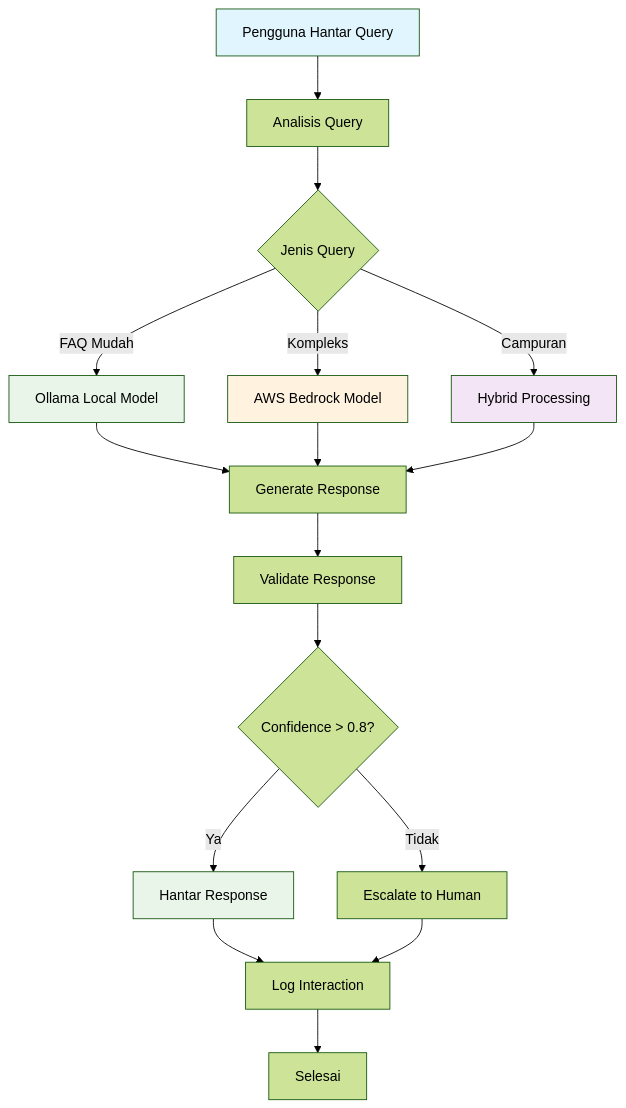
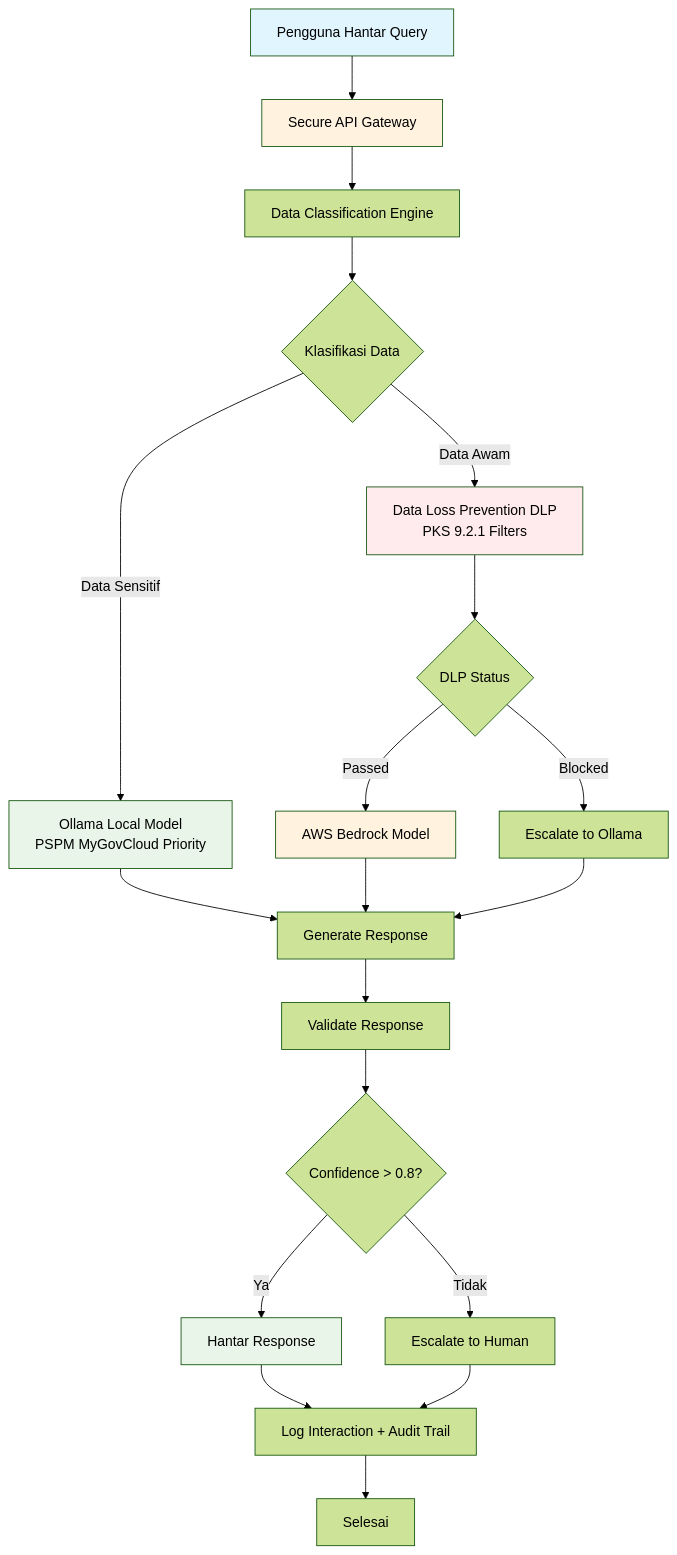
The third of 5 diagrams in docs/KRISA/D08_KRISA_ICTSERVE_SPESIFIKASI_INTEGRASI_DATA.md (IzzatFirdaus/ictserve-031125), drawn with Mermaid (forest theme) before and after one commit. The commit also changed other lines of this file and 18 other files, not shown here.

````diff
--- a/docs/KRISA/D08_KRISA_ICTSERVE_SPESIFIKASI_INTEGRASI_DATA.md
+++ b/docs/KRISA/D08_KRISA_ICTSERVE_SPESIFIKASI_INTEGRASI_DATA.md
@@ -321,24 +338,28 @@
 ```mermaid
 graph TD
-    A[Pengguna Hantar Query] --> B[Analisis Query]
-    B --> C{Jenis Query}
-    C -->|FAQ Mudah| D[Ollama Local Model]
-    C -->|Kompleks| E[AWS Bedrock Model]
-    C -->|Campuran| F[Hybrid Processing]
-    D --> G[Generate Response]
-    E --> G
-    F --> G
-    G --> H[Validate Response]
-    H --> I{Confidence > 0.8?}
-    I -->|Ya| J[Hantar Response]
-    I -->|Tidak| K[Escalate to Human]
-    J --> L[Log Interaction]
-    K --> L
-    L --> M[Selesai]
+    A[Pengguna Hantar Query] --> B[Secure API Gateway]
+    B --> C[Data Classification Engine]
+    C --> D{Klasifikasi Data}
+    D -->|Data Sensitif| E[Ollama Local Model<br/>PSPM MyGovCloud Priority]
+    D -->|Data Awam| F[Data Loss Prevention DLP<br/>PKS 9.2.1 Filters]
+    F --> G{DLP Status}
+    G -->|Passed| H[AWS Bedrock Model]
+    G -->|Blocked| I[Escalate to Ollama]
+    E --> J[Generate Response]
+    H --> J
+    I --> J
+    J --> K[Validate Response]
+    K --> L{Confidence > 0.8?}
+    L -->|Ya| M[Hantar Response]
+    L -->|Tidak| N[Escalate to Human]
+    M --> O[Log Interaction + Audit Trail]
+    N --> O
+    O --> P[Selesai]
     
     style A fill:#e1f5fe
-    style D fill:#e8f5e8
-    style E fill:#fff3e0
-    style F fill:#f3e5f5
-    style J fill:#e8f5e8
+    style B fill:#fff3e0
+    style E fill:#e8f5e8
+    style F fill:#ffebee
+    style H fill:#fff3e0
+    style M fill:#e8f5e8
 ```
````
